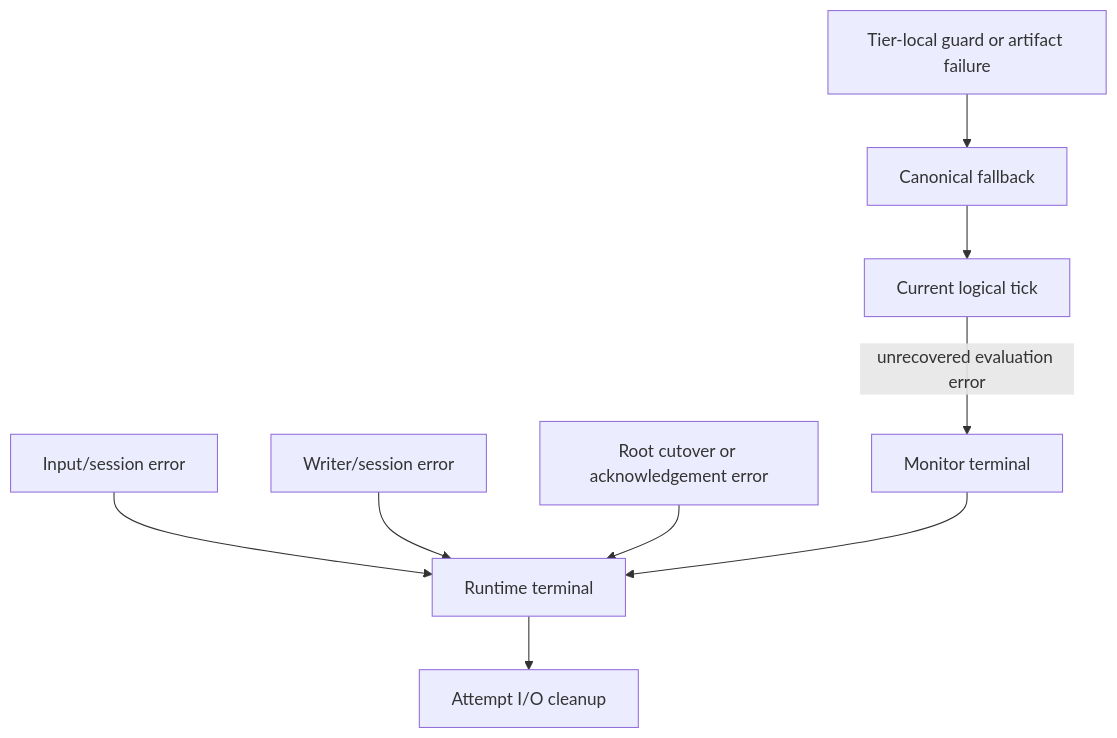
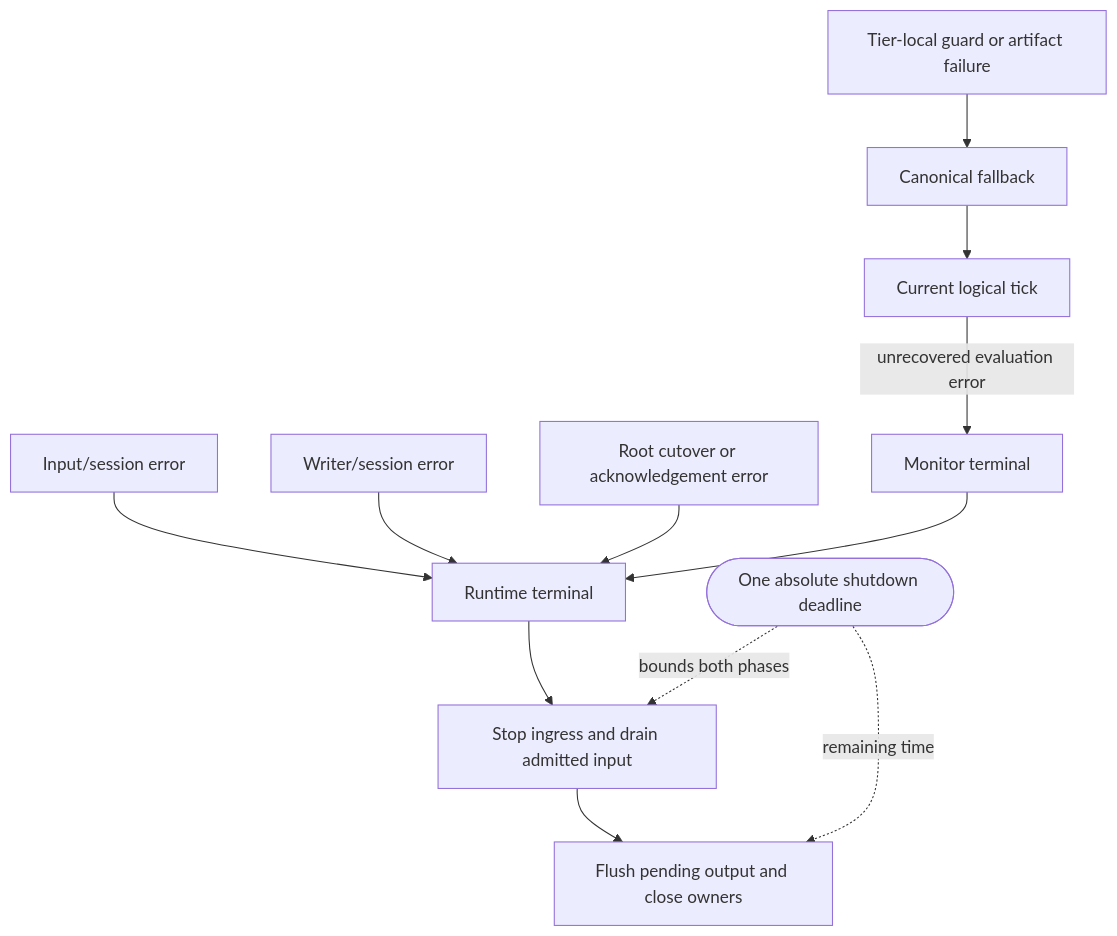
One commit to INTO-CPS-Association/robosapiens-trustworthiness-checker changed the diagram in docs/src/architecture/dataflow/failure-model.md. Above: the diagram before and after it, drawn with Mermaid. The commit also changed other lines of this file and 17 other files, not shown here.

````diff
--- a/docs/src/architecture/dataflow/failure-model.md
+++ b/docs/src/architecture/dataflow/failure-model.md
@@ -5,14 +5,17 @@
 ```mermaid
 flowchart TB
     accTitle: Dataflow failure containment ladder
-    accDescr: A tier-local guard or compilation failure may fall back to canonical evaluation. An unrecovered evaluator error fails the tick and permanently fails the monitor. Input, output, root cutover, or acknowledgement errors terminate the runtime. Cleanup still attempts to close I/O owners, but partial external and cutover effects are not rolled back.
+    accDescr: A tier-local guard or compilation failure may fall back to canonical evaluation. An unrecovered evaluator error fails the tick and permanently fails the monitor. Input, output, root cutover, or acknowledgement errors terminate the runtime. Termination stops and drains admitted input before flushing pending output and closing output owners under one absolute deadline. Partial external and cutover effects are not rolled back.
 
     tier["Tier-local guard or artifact failure"] --> fallback["Canonical fallback"]
     fallback --> tick["Current logical tick"]
     tick -->|unrecovered evaluation error| monitor["Monitor terminal"]
     input["Input/session error"] --> runtime["Runtime terminal"]
     output["Writer/session error"] --> runtime
     cutover["Root cutover or acknowledgement error"] --> runtime
     monitor --> runtime
-    runtime --> cleanup["Attempt I/O cleanup"]
+    runtime --> inputCleanup["Stop ingress and drain admitted input"]
+    inputCleanup --> outputCleanup["Flush pending output and close owners"]
+    deadline(["One absolute shutdown deadline"]) -. "bounds both phases" .-> inputCleanup
+    deadline -. "remaining time" .-> outputCleanup
 ```
````
